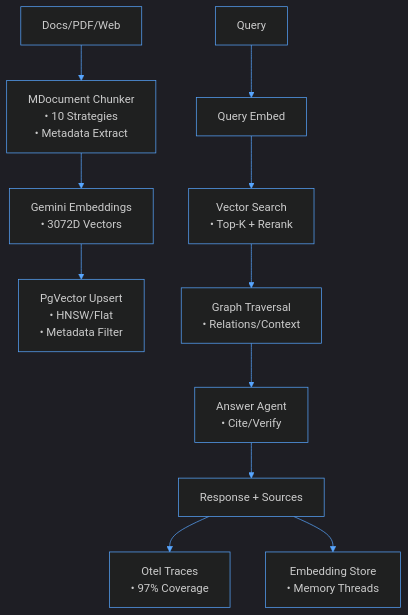
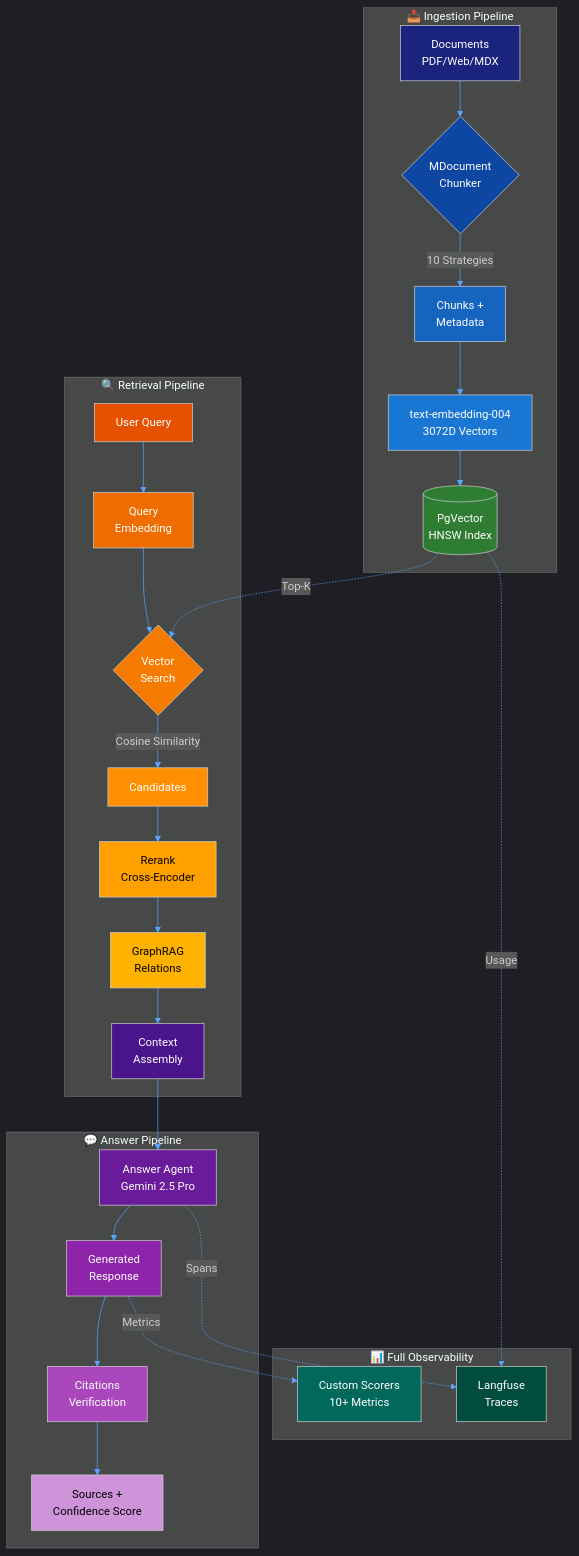
Before and after one commit to ssdeanx/AgentStack: the fourth of 9 diagrams in README.md, drawn with Mermaid. The commit also changed other lines of this file and 18 other files, not shown here.

````diff
--- a/README.md
+++ b/README.md
@@ -366,29 +683,52 @@
 ```mermaid
 %%{init: {'theme': 'dark', 'themeVariables': { 'primaryColor': '#58a6ff', 'primaryTextColor': '#c9d1d9', 'primaryBorderColor': '#30363d', 'lineColor': '#58a6ff', 'sectionBkgColor': '#161b22', 'altSectionBkgColor': '#0d1117', 'sectionTextColor': '#c9d1d9', 'gridColor': '#30363d', 'tertiaryColor': '#161b22' }}}%%
-flowchart TD
-    A[Docs/PDF/Web] --> B[MDocument Chunker<br/>• 10 Strategies<br/>• Metadata Extract]
-    B --> C[Gemini Embeddings<br/>• 3072D Vectors]
-    C --> D[PgVector Upsert<br/>• HNSW/Flat<br/>• Metadata Filter]
-    E[Query] --> F[Query Embed]
-    F --> G[Vector Search<br/>• Top-K + Rerank]
-    G --> H[Graph Traversal<br/>• Relations/Context]
-    H --> I[Answer Agent<br/>• Cite/Verify]
-    I --> J[Response + Sources]
-    J --> K[Otel Traces<br/>• 97% Coverage]
-    J --> L[Embedding Store<br/>• Memory Threads]
+flowchart TB
+    subgraph Indexing ["📥 Ingestion Pipeline"]
+        A[Documents<br/>PDF/Web/MDX] --> B{MDocument<br/>Chunker}
+        B -->|10 Strategies| C[Chunks +<br/>Metadata]
+        C --> D[text-embedding-004<br/>3072D Vectors]
+        D --> E[(PgVector<br/>HNSW Index)]
+    end
 
-    style A stroke:#58a6ff
-    style B stroke:#58a6ff
-    style C stroke:#58a6ff
-    style D stroke:#58a6ff
-    style E stroke:#58a6ff
-    style F stroke:#58a6ff
-    style G stroke:#58a6ff
-    style H stroke:#58a6ff
-    style I stroke:#58a6ff
-    style J stroke:#58a6ff
-    style K stroke:#58a6ff
-    style L stroke:#58a6ff
-    style K stroke:#58a6ff
-    style L stroke:#58a6ff
+    subgraph Querying ["🔍 Retrieval Pipeline"]
+        F[User Query] --> G[Query<br/>Embedding]
+        G --> H{Vector<br/>Search}
+        E -.->|Top-K| H
+        H -->|Cosine Similarity| I[Candidates]
+        I --> J[Rerank<br/>Cross-Encoder]
+        J --> K[GraphRAG<br/>Relations]
+        K --> L[Context<br/>Assembly]
+    end
+
+    subgraph Generation ["💬 Answer Pipeline"]
+        L --> M[Answer Agent<br/>Gemini 2.5 Pro]
+        M --> N[Generated<br/>Response]
+        N --> O[Citations<br/>Verification]
+        O --> P[Sources +<br/>Confidence Score]
+    end
+
+    subgraph Observability ["📊 Full Observability"]
+        M -.->|Spans| Q[Langfuse<br/>Traces]
+        E -.->|Usage| Q
+        N -.->|Metrics| R[Custom Scorers<br/>10+ Metrics]
+    end
+
+    style A fill:#1a237e,color:#fff
+    style B fill:#0d47a1,color:#fff
+    style C fill:#1565c0,color:#fff
+    style D fill:#1976d2,color:#fff
+    style E fill:#2e7d32,color:#fff
+    style F fill:#e65100,color:#fff
+    style G fill:#ef6c00,color:#fff
+    style H fill:#f57c00,color:#fff
+    style I fill:#ff8f00,color:#fff
+    style J fill:#ffa000,color:#000
+    style K fill:#ffb300,color:#000
+    style L fill:#4a148c,color:#fff
+    style M fill:#6a1b9a,color:#fff
+    style N fill:#8e24aa,color:#fff
+    style O fill:#ab47bc,color:#fff
+    style P fill:#ce93d8,color:#000
+    style Q fill:#004d40,color:#fff
+    style R fill:#00695c,color:#fff
 ```
````
